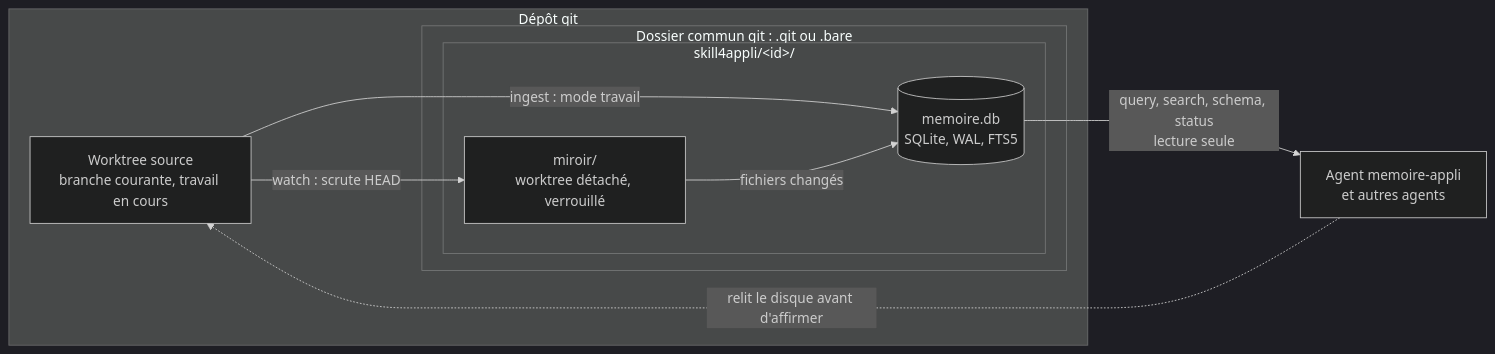
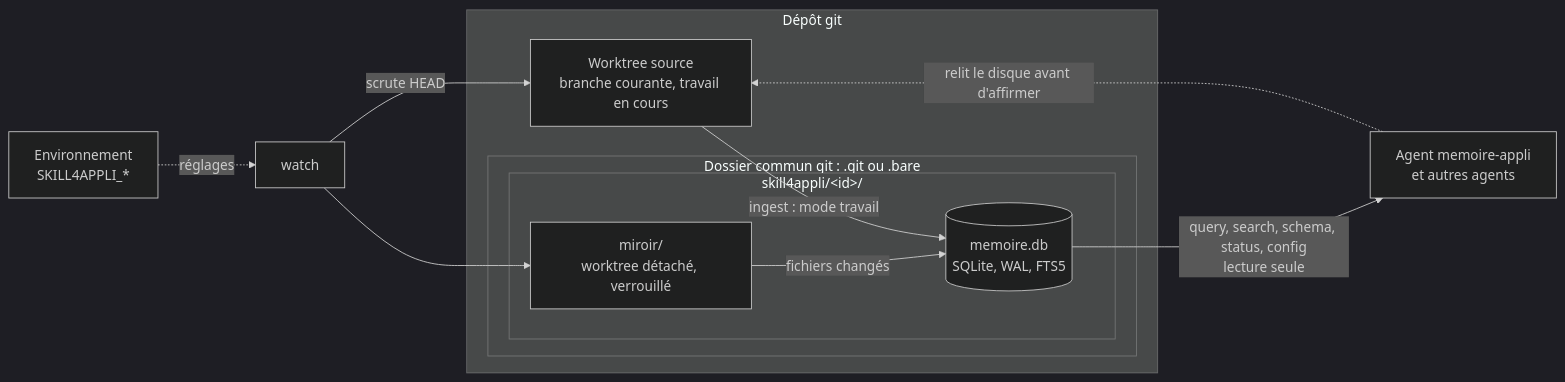
One commit to FredGarcia/Agent2Prompt changed the first of 2 diagrams in specs/skill4appli/SKILL.md. Above: the diagram before and after it, drawn with Mermaid (dark theme). The commit also changed other lines of this file and 18 other files, not shown here.

````diff
--- a/specs/skill4appli/SKILL.md
+++ b/specs/skill4appli/SKILL.md
@@ -32,17 +34,19 @@
 ```mermaid
 flowchart LR
+  ENV["Environnement<br/>SKILL4APPLI_*"] -.->|"réglages"| W
   subgraph DEP["Dépôt git"]
     SRC["Worktree source<br/>branche courante, travail en cours"]
     subgraph COM["Dossier commun git : .git ou .bare"]
       subgraph S4A["skill4appli/&lt;id&gt;/"]
         MIR["miroir/<br/>worktree détaché, verrouillé"]
         DB[("memoire.db<br/>SQLite, WAL, FTS5")]
       end
     end
   end
   SRC -->|"ingest : mode travail"| DB
-  SRC -->|"watch : scrute HEAD"| MIR
+  W["watch"] -->|"scrute HEAD"| SRC
+  W --> MIR
   MIR -->|"fichiers changés"| DB
-  DB -->|"query, search, schema, status<br/>lecture seule"| AG["Agent memoire-appli<br/>et autres agents"]
+  DB -->|"query, search, schema, status, config<br/>lecture seule"| AG["Agent memoire-appli<br/>et autres agents"]
   AG -.->|"relit le disque avant d'affirmer"| SRC
 ```
````
